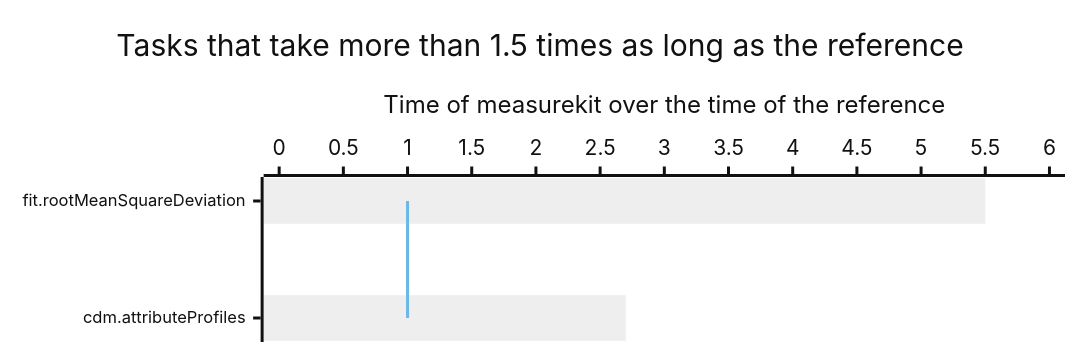
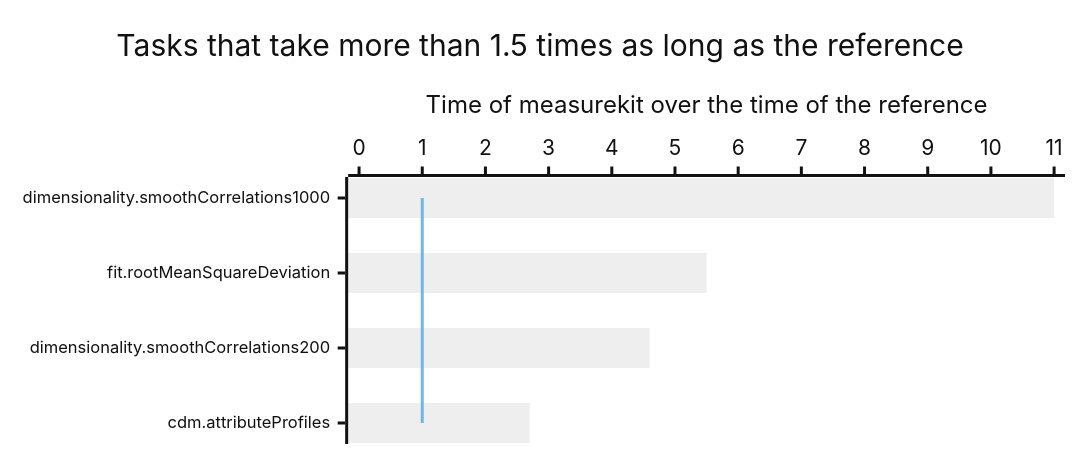
Before and after one commit to measurekit/measurekit: the second of 13 diagrams in docs/psychometrics/performance.md, drawn with Mermaid (neutral theme). The commit also changed other lines of this file, not shown here.

````diff
--- a/docs/psychometrics/performance.md
+++ b/docs/psychometrics/performance.md
@@ -27,9 +27,9 @@
 ```mermaid
-%%{init: {"xyChart": {"height": 218, "xAxis": {"labelFontSize": 11}}}}%%
+%%{init: {"xyChart": {"height": 286, "xAxis": {"labelFontSize": 11}}}}%%
 xychart-beta horizontal
   title "Tasks that take more than 1.5 times as long as the reference"
-  x-axis ["fit.rootMeanSquareDeviation", "cdm.attributeProfiles"]
-  y-axis "Time of measurekit over the time of the reference" 0 --> 6
-  bar [5.5, 2.7]
-  line [1, 1]
+  x-axis ["dimensionality.smoothCorrelations1000", "fit.rootMeanSquareDeviation", "dimensionality.smoothCorrelations200", "cdm.attributeProfiles"]
+  y-axis "Time of measurekit over the time of the reference" 0 --> 11
+  bar [11, 5.5, 4.6, 2.7]
+  line [1, 1, 1, 1]
 ```
````
